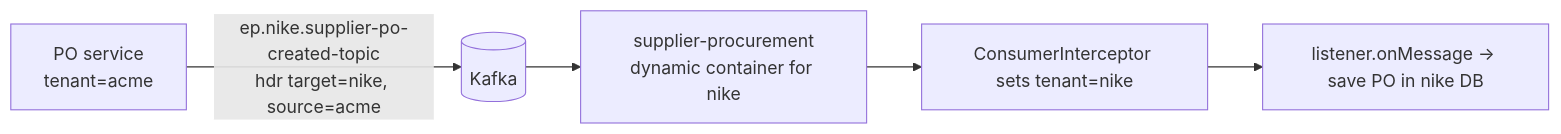
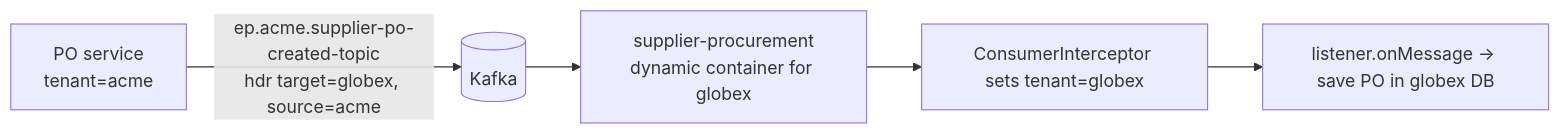
Before and after one commit to sachinyadav31/interview-architecture-notes: the diagram in 03-kafka-events.md, drawn with Mermaid.

Commit message:
Use placeholder tenant names in Kafka diagram

````diff
--- a/03-kafka-events.md
+++ b/03-kafka-events.md
@@ -55,7 +55,7 @@
 ```mermaid
 flowchart LR
-  P[PO service<br/>tenant=acme] -->|ep.nike.supplier-po-created-topic<br/>hdr target=nike, source=acme| K[(Kafka)]
-  K --> C[supplier-procurement<br/>dynamic container for nike]
-  C --> I[ConsumerInterceptor sets tenant=nike]
-  I --> L[listener.onMessage → save PO in nike DB]
+  P[PO service<br/>tenant=acme] -->|ep.acme.supplier-po-created-topic<br/>hdr target=globex, source=acme| K[(Kafka)]
+  K --> C[supplier-procurement<br/>dynamic container for globex]
+  C --> I[ConsumerInterceptor sets tenant=globex]
+  I --> L[listener.onMessage → save PO in globex DB]
 ```
````
